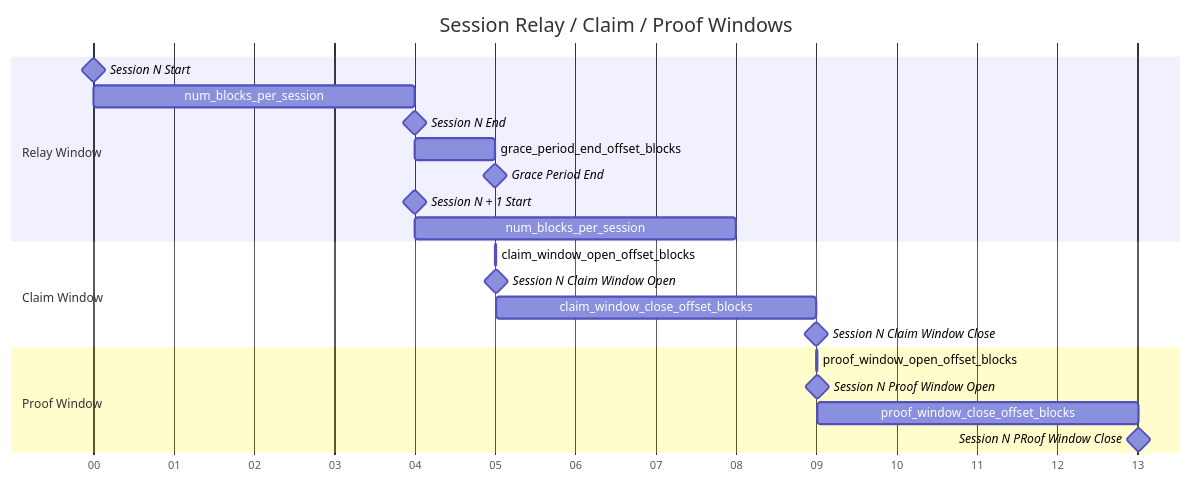
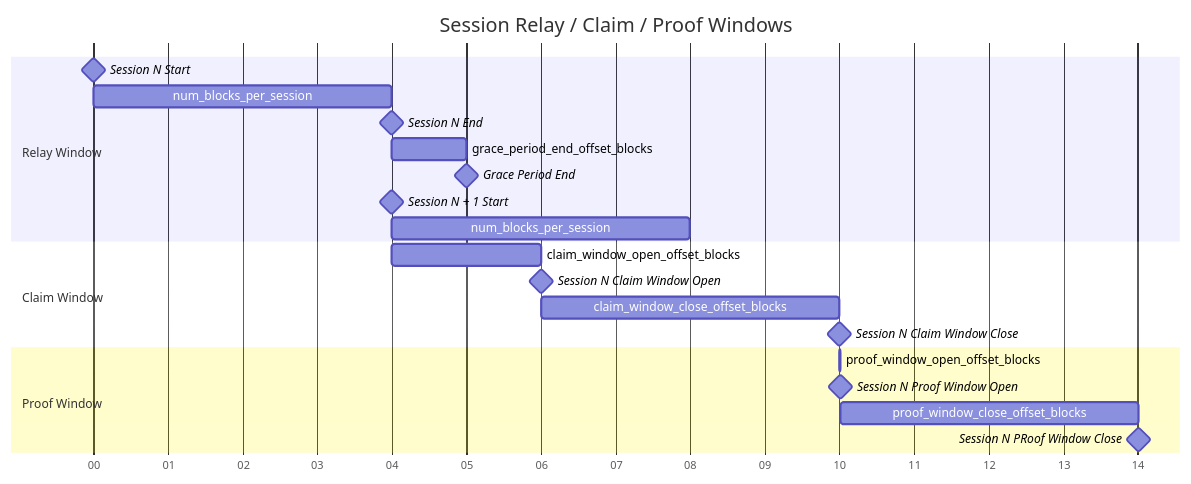
The second of 17 diagrams in docusaurus/docs/protocol/primitives/claim_and_proof_lifecycle.md (pokt-network/poktroll), drawn with Mermaid before and after one commit. The commit also changed other lines of this file, not shown here.

Commit message:
chore: review feedback improvements

````diff
--- a/docusaurus/docs/protocol/primitives/claim_and_proof_lifecycle.md
+++ b/docusaurus/docs/protocol/primitives/claim_and_proof_lifecycle.md
@@ -86,27 +86,27 @@
 ```mermaid
 gantt
     title Session Relay / Claim / Proof Windows
     dateFormat ss
     axisFormat %S
     tickInterval 1second
 
     section Relay Window
         Session N Start: milestone, sns, 00, 0s
         num_blocks_per_session: nbps, 00, 4s
         Session N End: milestone, sne, after nbps, 0s
         grace_period_end_offset_blocks: gpof, after sne, 1s
         Grace Period End: milestone, gpe, after gpof, 0s
         Session N + 1 Start: milestone, sns1, after sne, 0s
         num_blocks_per_session: nbps2, after sns1, 4s
     section Claim Window
-        claim_window_open_offset_blocks: cwob, after gpe, 10ms
+        claim_window_open_offset_blocks: cwob, after sne, 2s
         Session N Claim Window Open: milestone, cwo, after cwob, 0s
         claim_window_close_offset_blocks: cwcb, after cwo, 4s
         Session N Claim Window Close: milestone, cwc, after cwcb, 0s
     section Proof Window
         proof_window_open_offset_blocks: pwob, after cwc, 10ms
         Session N Proof Window Open: milestone, pwo, after pwob, 0s
         proof_window_close_offset_blocks: pwcb, after pwo, 4s
         Session N PRoof Window Close: milestone, pwc, after pwcb, 0s
 
 ```
````
